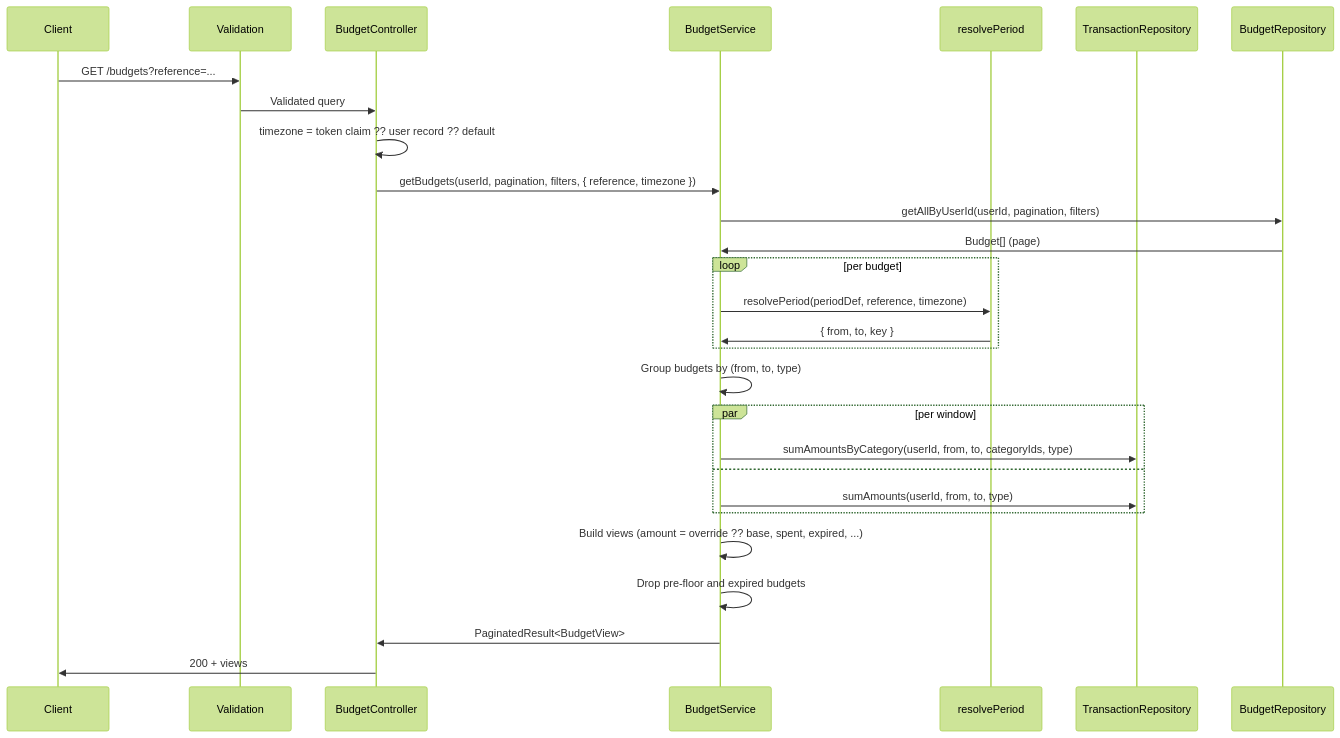
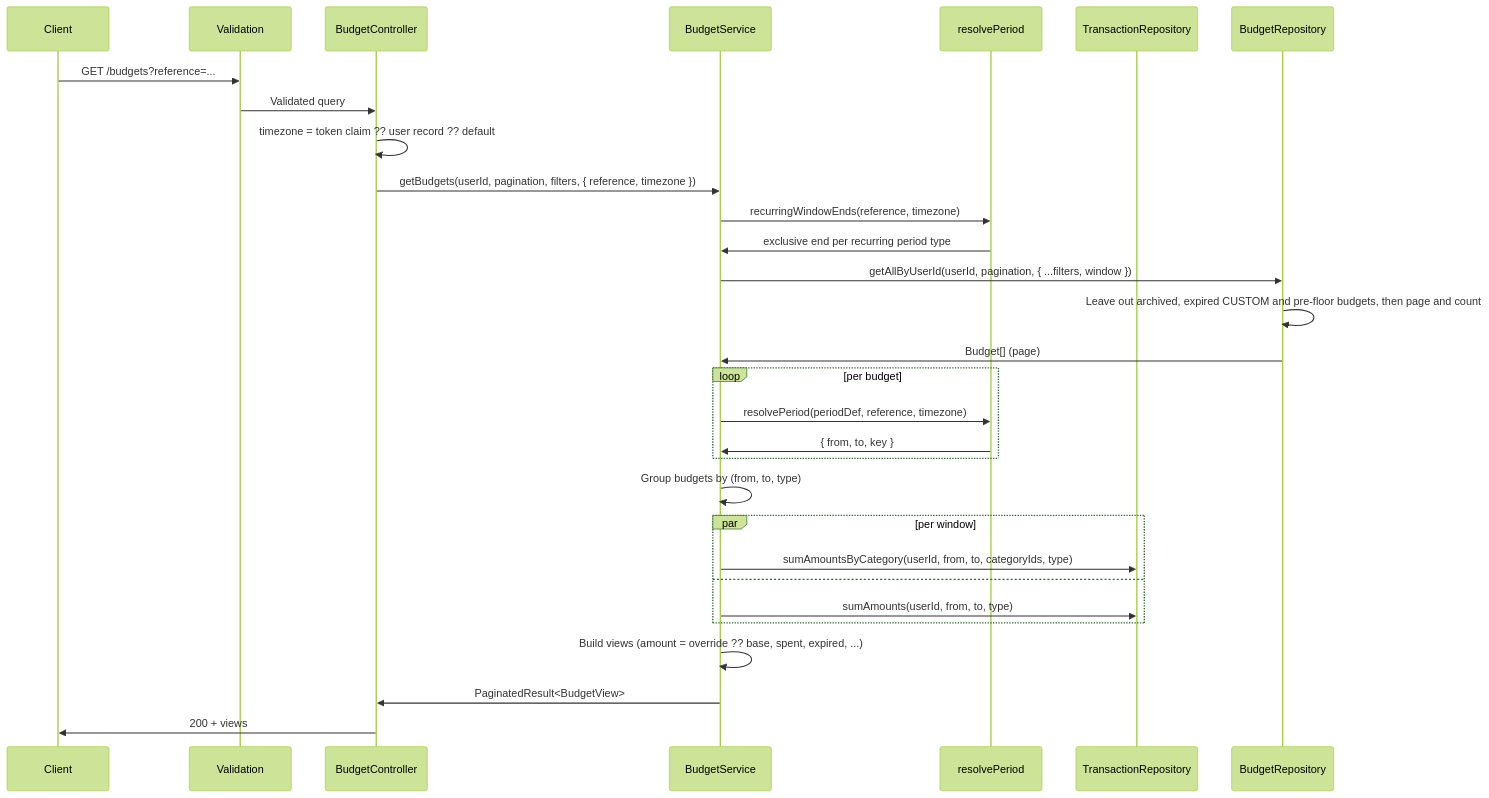
One commit to alex16jpv/lag-money-manager changed the first of 2 diagrams in docs/modules/budgets.md. Above: the diagram before and after it, drawn with Mermaid (forest theme). The commit also changed other lines of this file and 7 other files, not shown here.

First line of the commit message:
fix(budgets): judge expired and pre-floor budgets in the list query (T-161)

````diff
--- a/docs/modules/budgets.md
+++ b/docs/modules/budgets.md
@@ -167,31 +167,33 @@
 ```mermaid
 sequenceDiagram
     participant C as Client
     participant VAL as Validation
     participant CTRL as BudgetController
     participant SVC as BudgetService
     participant PER as resolvePeriod
     participant TX as TransactionRepository
     participant REPO as BudgetRepository
 
     C->>VAL: GET /budgets?reference=...
     VAL->>CTRL: Validated query
     CTRL->>CTRL: timezone = token claim ?? user record ?? default
     CTRL->>SVC: getBudgets(userId, pagination, filters, { reference, timezone })
-    SVC->>REPO: getAllByUserId(userId, pagination, filters)
+    SVC->>PER: recurringWindowEnds(reference, timezone)
+    PER->>SVC: exclusive end per recurring period type
+    SVC->>REPO: getAllByUserId(userId, pagination, { ...filters, window })
+    REPO->>REPO: Leave out archived, expired CUSTOM and pre-floor budgets, then page and count
     REPO->>SVC: Budget[] (page)
     loop per budget
         SVC->>PER: resolvePeriod(periodDef, reference, timezone)
         PER->>SVC: { from, to, key }
     end
     SVC->>SVC: Group budgets by (from, to, type)
     par per window
         SVC->>TX: sumAmountsByCategory(userId, from, to, categoryIds, type)
     and
         SVC->>TX: sumAmounts(userId, from, to, type)
     end
     SVC->>SVC: Build views (amount = override ?? base, spent, expired, ...)
-    SVC->>SVC: Drop pre-floor and expired budgets
     SVC->>CTRL: PaginatedResult<BudgetView>
     CTRL->>C: 200 + views
 ```
````
